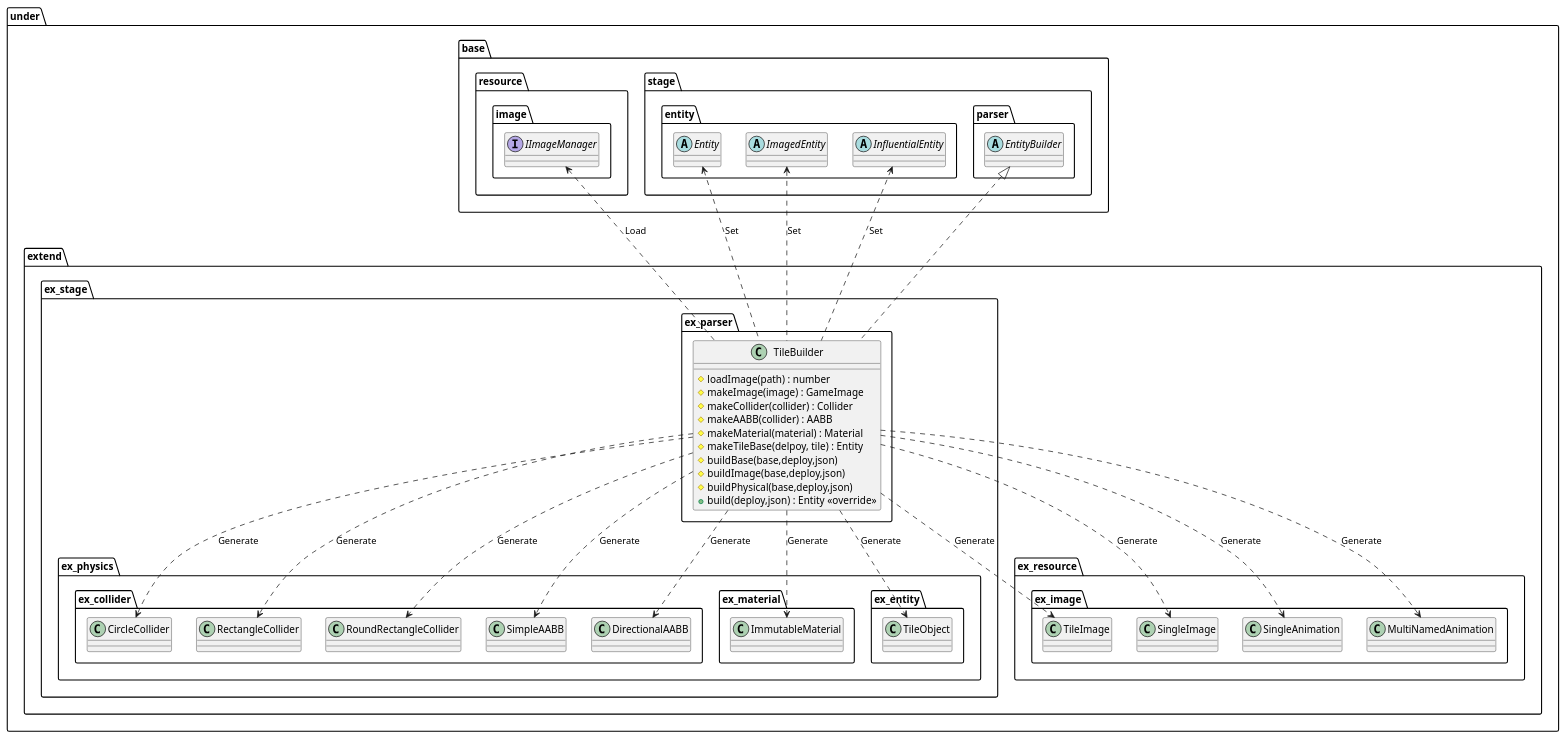
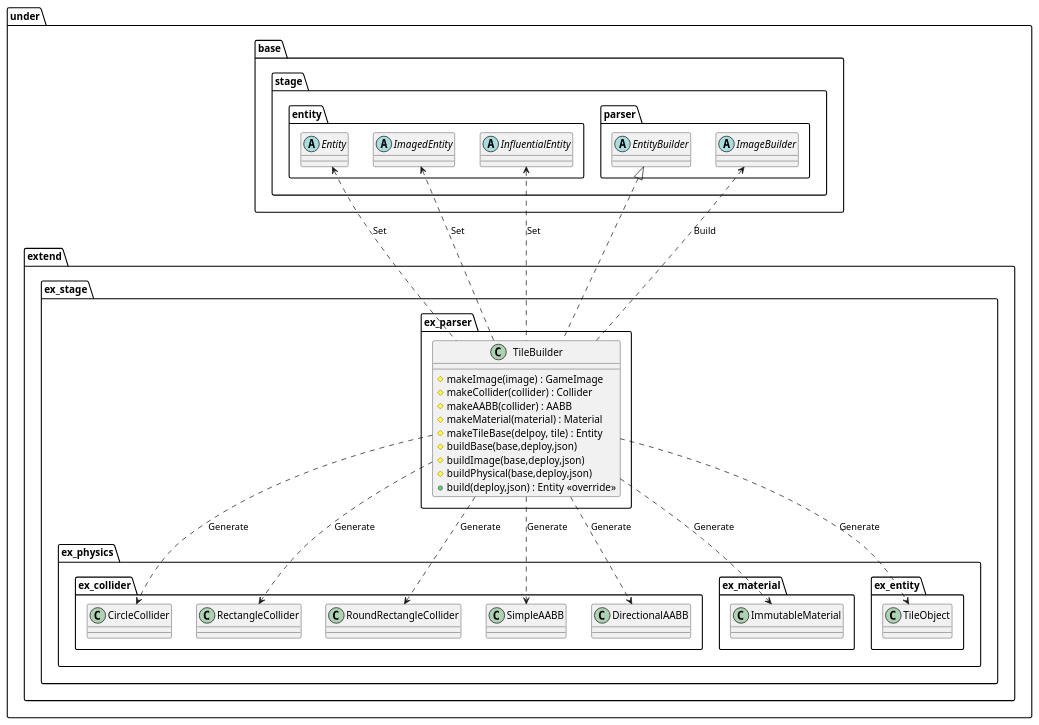
One commit to Expine/Under changed the diagram in uml/parser/Tile.wsd. Above: the diagram before and after it, drawn with PlantUML. The commit also changed 75 other files, not shown here.

```diff
--- a/uml/parser/Tile.wsd
+++ b/uml/parser/Tile.wsd
@@ -1,90 +1,73 @@
 @startuml ParserBuilder
 
 package under {
     package extend {
         package ex_stage {
             package ex_parser {
                 class TileBuilder {
-                    #loadImage(path) : number
                     #makeImage(image) : GameImage
                     #makeCollider(collider) : Collider
                     #makeAABB(collider) : AABB
                     #makeMaterial(material) : Material
                     #makeTileBase(delpoy, tile) : Entity
                     #buildBase(base,deploy,json)
                     #buildImage(base,deploy,json)
                     #buildPhysical(base,deploy,json)
                     +build(deploy,json) : Entity <<override>>
                 }
             }
         }
     }
 }
 
 package under {
     package base {
-        package resource {
-            package image {
-                interface IImageManager
-            }
-        }
         package stage {
             package entity {
                 abstract Entity
                 abstract ImagedEntity
                 abstract InfluentialEntity
             }
             package parser {
                 abstract EntityBuilder
+                abstract ImageBuilder
             }
         }
     }
     package extend {
-        package ex_resource {
-            package ex_image {
-                class TileImage
-                class SingleImage
-                class SingleAnimation
-                class MultiNamedAnimation
-            }
-        }
         package ex_stage {
             package ex_physics {
                 package ex_collider {
                     class CircleCollider
                     class RectangleCollider
                     class RoundRectangleCollider
                     class SimpleAABB
                     class DirectionalAABB
                 }
                 package ex_material {
                     class ImmutableMaterial
                 }
                 package ex_entity {
                     class TileObject
                 }
             }
         }
 
     }
 }
 
-TileBuilder ..> TileImage : Generate
-TileBuilder ..> SingleImage : Generate
-TileBuilder ..> SingleAnimation : Generate
-TileBuilder ..> MultiNamedAnimation : Generate
 TileBuilder ..> RectangleCollider : Generate
 TileBuilder ..> CircleCollider : Generate
 TileBuilder ..> RoundRectangleCollider : Generate
 TileBuilder ..> SimpleAABB : Generate
 TileBuilder ..> DirectionalAABB : Generate
 TileBuilder ..> ImmutableMaterial : Generate
 TileBuilder ..> TileObject : Generate
-IImageManager <.. TileBuilder : Load
 Entity <.. TileBuilder : Set
 ImagedEntity <.. TileBuilder : Set
 InfluentialEntity <.. TileBuilder : Set
+ImageBuilder <.. TileBuilder : Build
 
 EntityBuilder <|.. TileBuilder
 
 @enduml
```
